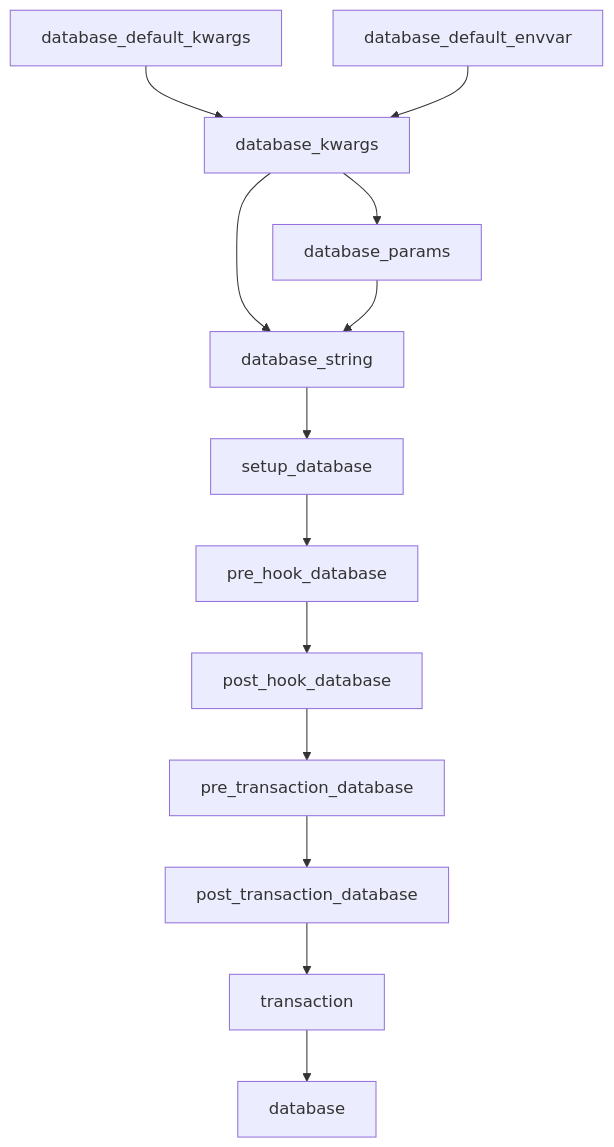
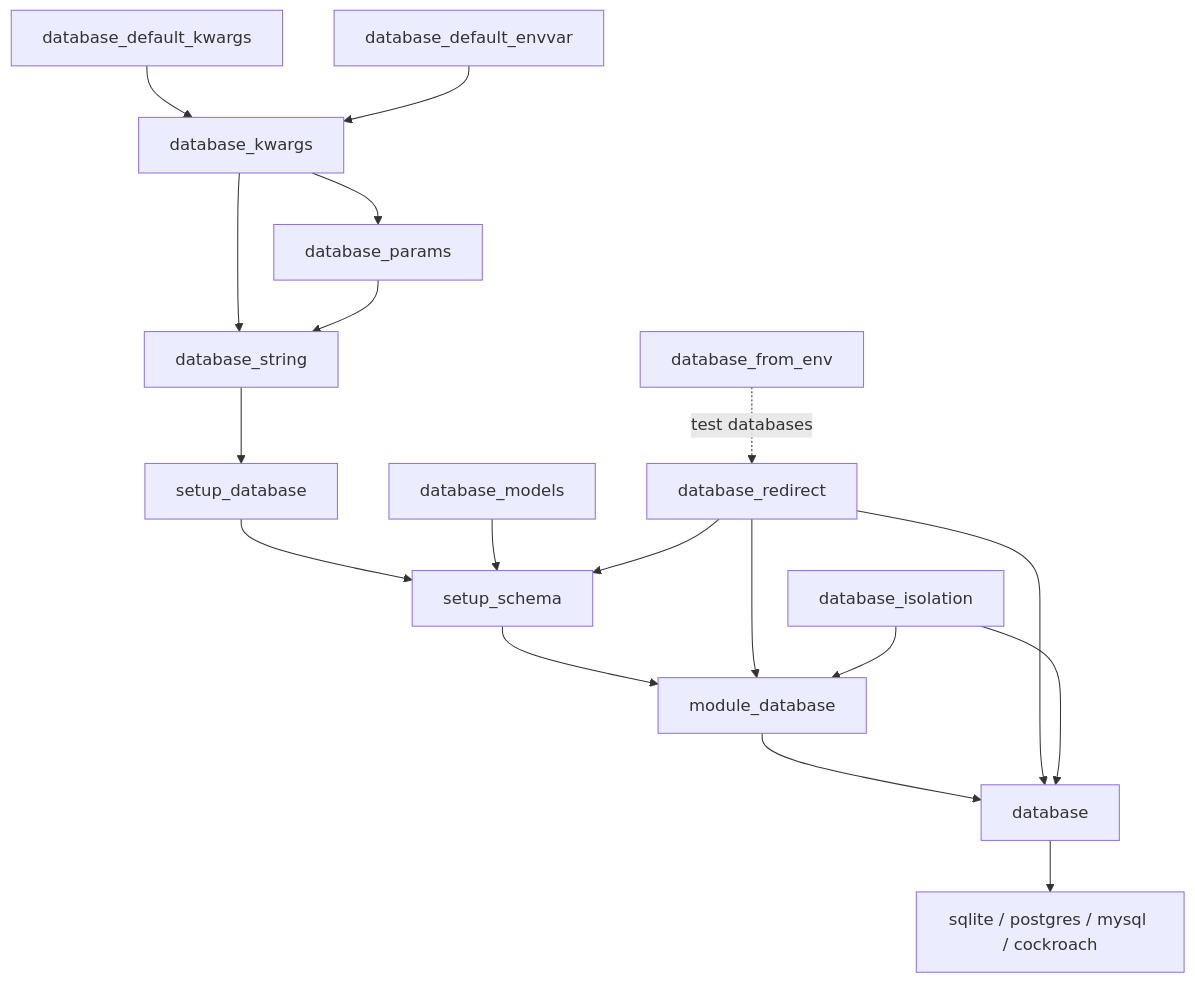
The diagram in docs/fixtures.md (johanjk/pytest_peewee), drawn with Mermaid before and after one commit. The commit also changed other lines of this file and 78 other files, not shown here.

````diff
--- a/docs/fixtures.md
+++ b/docs/fixtures.md
@@ -36,30 +50,38 @@
 ```mermaid
 flowchart TD;
   DDK["database_default_kwargs"];
   DE["database_default_envvar"];
   DK["database_kwargs"];
   DP["database_params"];
   DS["database_string"];
   SD["setup_database"];
+  FE["database_from_env"];
 
-  PH0["pre_hook_database"];
-  PH1["post_hook_database"];
-  PT0["pre_transaction_database"];
-  PT1["post_transaction_database"];
-  T["transaction"];
+  DM["database_models"];
+  DR["database_redirect"];
+  DI["database_isolation"];
+  SS["setup_schema"];
+  MD["module_database"];
   D["database"];
+  DB["sqlite / postgres / mysql / cockroach"];
 
   DDK --> DK;
   DE --> DK;
   DK --> DS;
   DK --> DP;
   DP --> DS;
   DS --> SD;
+  FE -. test databases .-> DR;
 
-  SD --> PH0;
-  PH0 --> PH1;
-  PH1 --> PT0;
-  PT0 --> PT1;
-  PT1 --> T;
-  T --> D;
+  SD --> SS;
+  DM --> SS;
+  DR --> SS;
+  SS --> MD;
+  DR --> MD;
+  DI --> MD;
+
+  MD --> D;
+  DR --> D;
+  DI --> D;
+  D --> DB;
 ```
````
